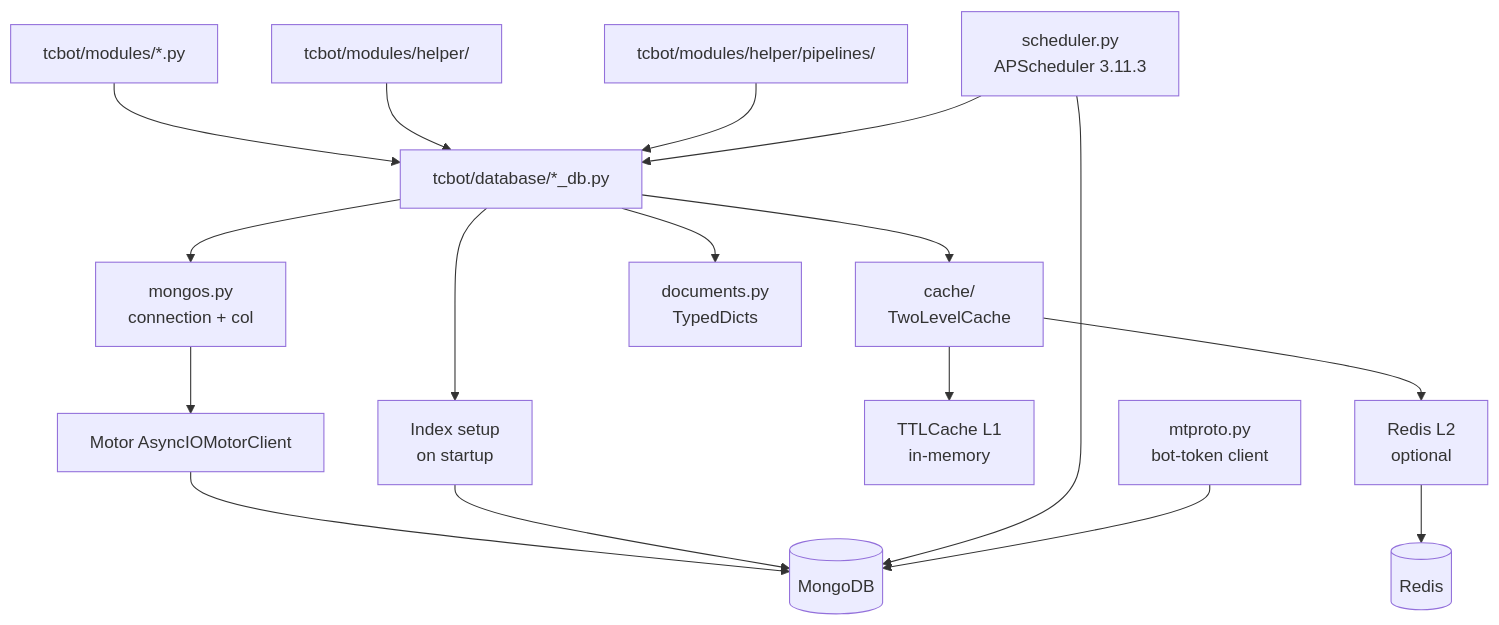
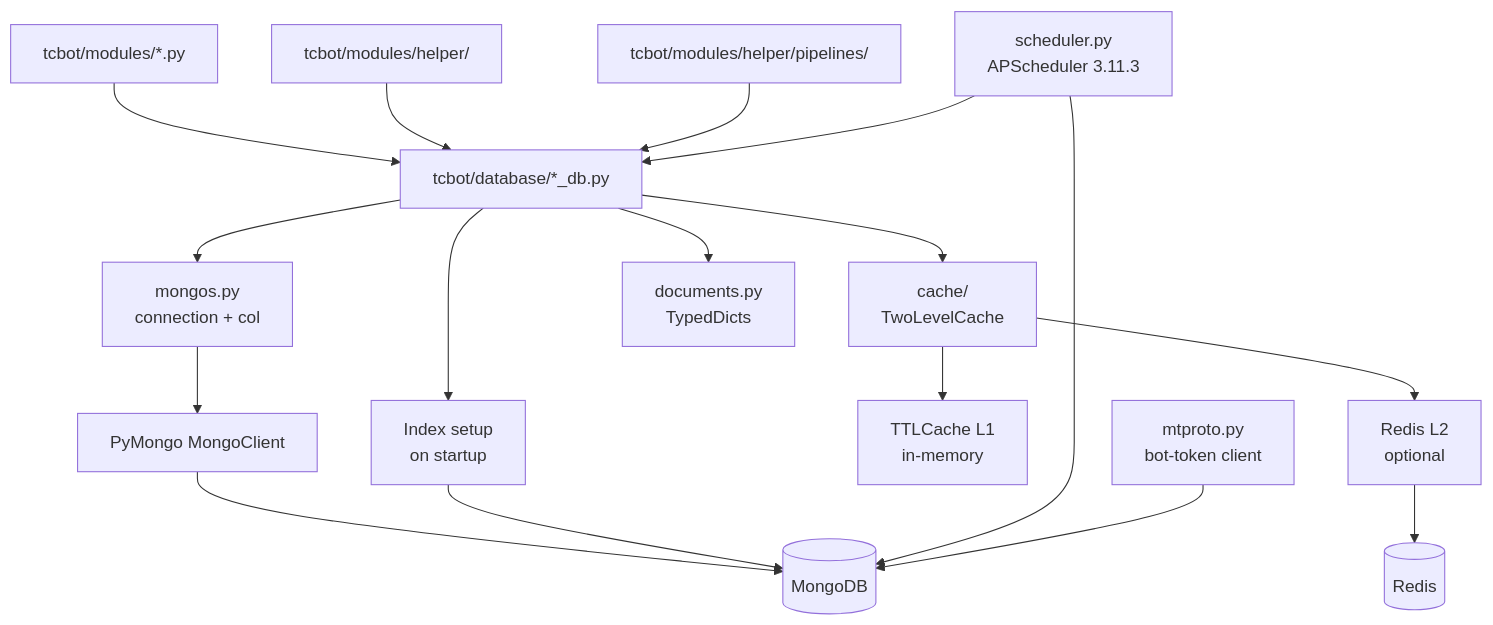
The diagram in docs/architecture/database.md (D1ZZY4/tcbot), drawn with Mermaid before and after one commit. The commit also changed other lines of this file and 36 other files, not shown here.

First line of the commit message:
refactor(database): migrate Motor to sync PyMongo

````diff
--- a/docs/architecture/database.md
+++ b/docs/architecture/database.md
@@ -9,19 +9,19 @@
 ```mermaid
 flowchart TD
     Modules[tcbot/modules/*.py] --> DBHelpers[tcbot/database/*_db.py]
     Helpers[tcbot/modules/helper/] --> DBHelpers
     Workflows[tcbot/modules/helper/pipelines/] --> DBHelpers
     DBHelpers --> Mongos[mongos.py<br/>connection + col]
     DBHelpers --> Cache[cache/<br/>TwoLevelCache]
     DBHelpers --> Documents[documents.py<br/>TypedDicts]
-    Mongos --> Motor[Motor AsyncIOMotorClient]
-    Motor --> MongoDB[(MongoDB)]
+    Mongos --> PyMongo[PyMongo MongoClient]
+    PyMongo --> MongoDB[(MongoDB)]
     DBHelpers --> Indexes[Index setup<br/>on startup]
     Indexes --> MongoDB
     Cache --> L1[TTLCache L1<br/>in-memory]
     Cache --> L2[Redis L2<br/>optional]
     L2 --> Redis[(Redis)]
     Scheduler[scheduler.py<br/>APScheduler 3.11.3] --> MongoDB
     Scheduler --> DBHelpers
     MTProto[mtproto.py<br/>bot-token client] --> MongoDB
 ```
````
